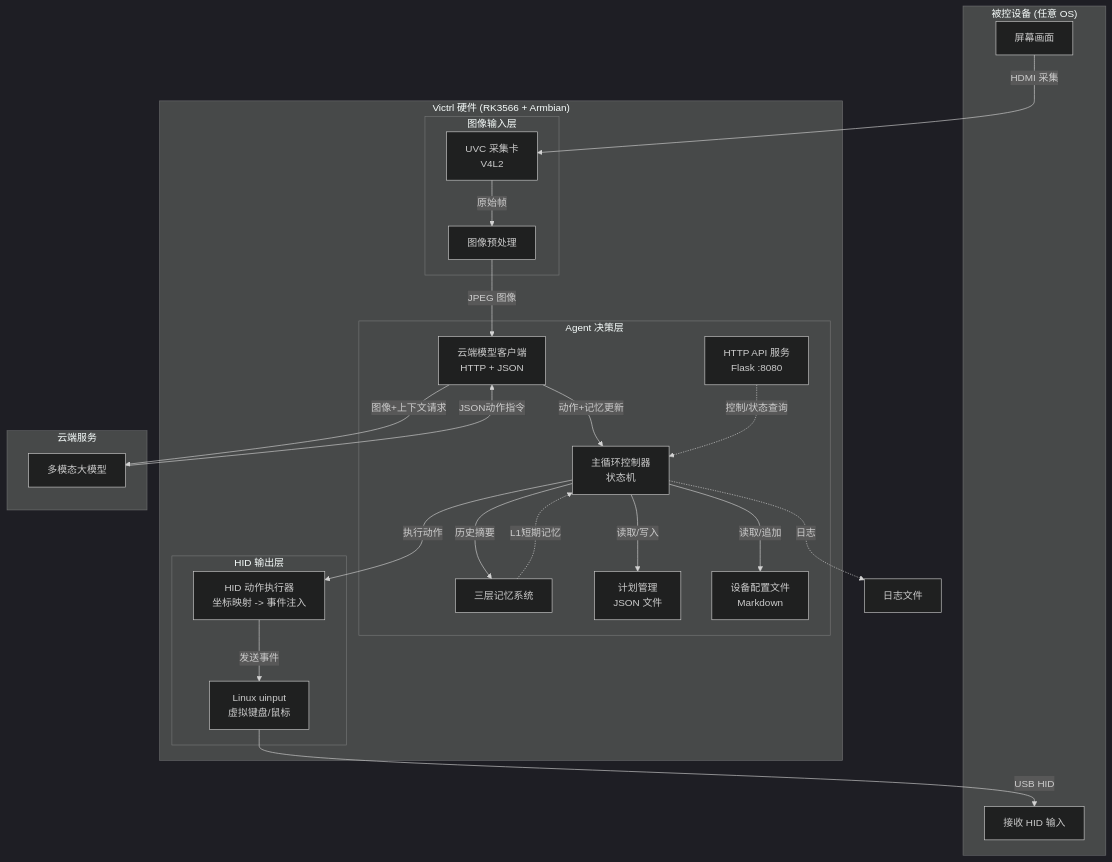
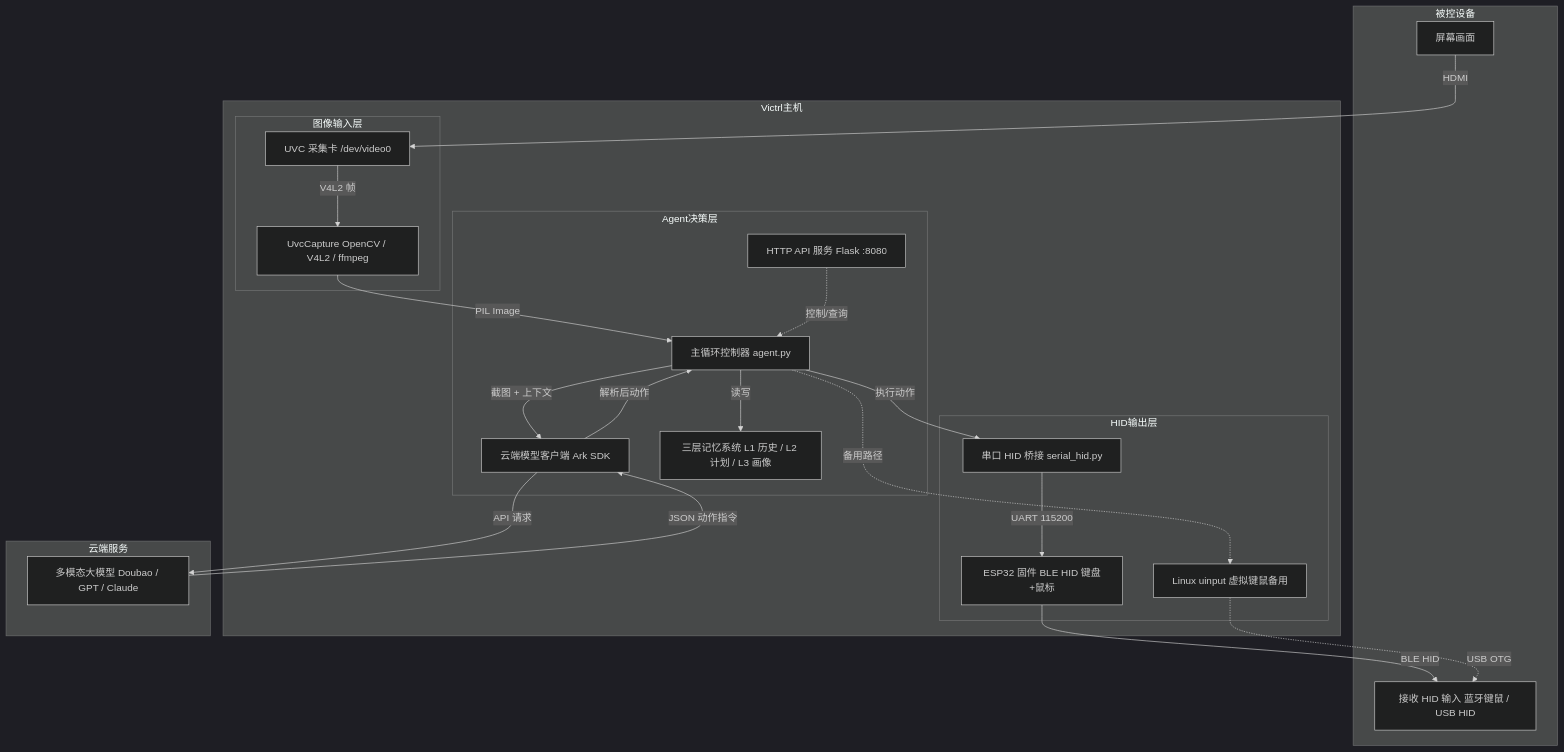
Before and after one commit to Dioxgen/Victrl: the diagram in Docs/技术文档.md, drawn with Mermaid (dark theme). The commit also changed other lines of this file and 24 other files, not shown here.

````diff
--- a/Docs/技术文档.md
+++ b/Docs/技术文档.md
@@ -5,51 +9,49 @@
 ```mermaid
 graph TD
-    subgraph "被控设备 (任意 OS)"
+    subgraph 被控设备
         Screen[屏幕画面]
-        HID_Target[接收 HID 输入]
+        HID_Target[接收 HID 输入 蓝牙键鼠 / USB HID]
     end
 
-    subgraph "Victrl 硬件 (RK3566 + Armbian)"
-        subgraph "图像输入层"
-            UVC[UVC 采集卡<br>V4L2]
-            Preproc[图像预处理<br>]
+    subgraph Victrl主机
+        subgraph 图像输入层
+            UVC[UVC 采集卡 /dev/video0]
+            Capture[UvcCapture OpenCV / V4L2 / ffmpeg]
         end
 
-        subgraph "Agent 决策层"
-            Memory[三层记忆系统]
-            Plan[计划管理<br>JSON 文件]
-            Profile[设备配置文件<br>Markdown]
-            CloudClient[云端模型客户端<br>HTTP + JSON]
-            StateMachine[主循环控制器<br>状态机]
-            HTTPServer[HTTP API 服务<br>Flask :8080]
+        subgraph Agent决策层
+            Agent[主循环控制器 agent.py]
+            CloudClient[云端模型客户端 Ark SDK]
+            Memory[三层记忆系统 L1 历史 / L2 计划 / L3 画像]
+            HTTPServer[HTTP API 服务 Flask :8080]
         end
 
-        subgraph "HID 输出层"
-            Uinput[Linux uinput<br>虚拟键盘/鼠标]
-            HID_Exec[HID 动作执行器<br>坐标映射 -> 事件注入]
+        subgraph HID输出层
+            SerialBridge[串口 HID 桥接 serial_hid.py]
+            ESP32[ESP32 固件 BLE HID 键盘+鼠标]
+            Uinput[Linux uinput 虚拟键鼠备用]
         end
     end
 
-    subgraph "云端服务"
-        VLM[多模态大模型<br>]
+    subgraph 云端服务
+        VLM[多模态大模型 Doubao / GPT / Claude]
     end
 
-    %% 数据流
-    Screen -->|HDMI 采集| UVC
-    UVC -->|原始帧| Preproc
-    Preproc -->|JPEG 图像| CloudClient
-    CloudClient -->|图像+上下文请求| VLM
-    VLM -->|JSON动作指令| CloudClient
-    CloudClient -->|动作+记忆更新| StateMachine
-    StateMachine -->|读取/写入| Plan
-    StateMachine -->|读取/追加| Profile
-    StateMachine -->|历史摘要| Memory
-    Memory -.->|L1短期记忆| StateMachine
-    StateMachine -->|执行动作| HID_Exec
-    HID_Exec -->|发送事件| Uinput
-    Uinput -->|USB HID| HID_Target
+    %% 主数据流
+    Screen -->|HDMI| UVC
+    UVC -->|V4L2 帧| Capture
+    Capture -->|PIL Image| Agent
+    Agent -->|截图 + 上下文| CloudClient
+    CloudClient -->|API 请求| VLM
+    VLM -->|JSON 动作指令| CloudClient
+    CloudClient -->|解析后动作| Agent
+    Agent -->|读写| Memory
+    Agent -->|执行动作| SerialBridge
+    SerialBridge -->|UART 115200| ESP32
+    ESP32 -->|BLE HID| HID_Target
+    Agent -.->|备用路径| Uinput
+    Uinput -.->|USB OTG| HID_Target
 
     %% 辅助流
-    HTTPServer -.->|控制/状态查询| StateMachine
-    StateMachine -.->|日志| Log[日志文件]
+    HTTPServer -.->|控制/查询| Agent
 ```
````
